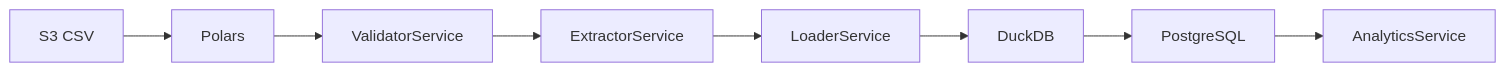
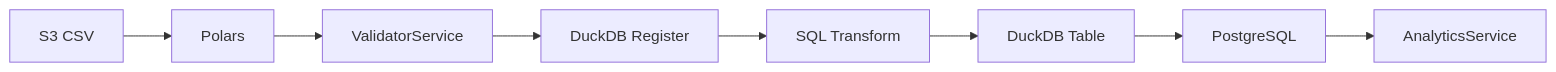
The diagram in CLAUDE.md (zhj0513/small_etl), drawn with Mermaid before and after one commit. The commit also changed other lines of this file and 3 other files, not shown here.

````diff
--- a/CLAUDE.md
+++ b/CLAUDE.md
@@ -70,10 +70,10 @@
 ```mermaid
 flowchart LR
     S3[S3 CSV] --> Polars[Polars]
     Polars --> Validator[ValidatorService]
-    Validator --> Extractor[ExtractorService]
-    Extractor --> Loader[LoaderService]
-    Loader --> DuckDB[DuckDB]
-    DuckDB --> PostgreSQL
+    Validator --> DuckDB1[DuckDB Register]
+    DuckDB1 --> Transform[SQL Transform]
+    Transform --> Table[DuckDB Table]
+    Table --> PostgreSQL
     PostgreSQL --> Analytics[AnalyticsService]
 ```
````
